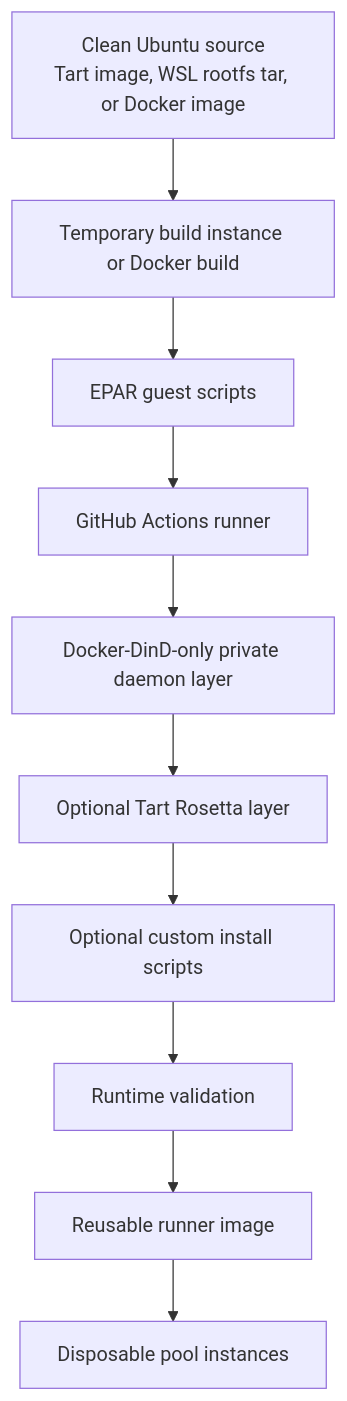
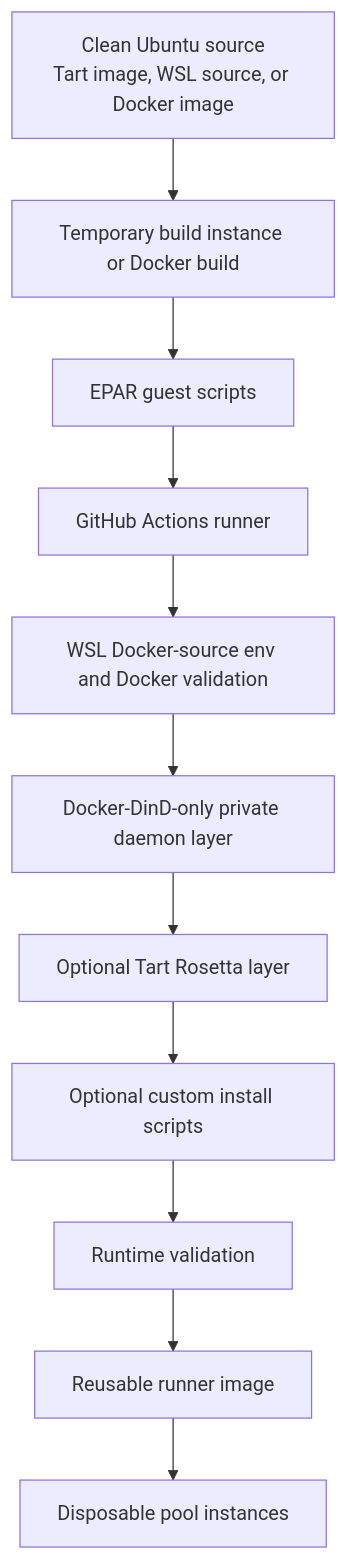
Before and after one commit to solutionforest/ephemeral-action-runner: the first of 2 diagrams in docs/image-build.md, drawn with Mermaid. The commit also changed other lines of this file and 19 other files, not shown here.

Commit message:
Add WSL Gitea full runner default

````diff
--- a/docs/image-build.md
+++ b/docs/image-build.md
@@ -26,12 +29,13 @@
 ```mermaid
 flowchart TD
-  Source["Clean Ubuntu source<br/>Tart image, WSL rootfs tar, or Docker image"] --> Build["Temporary build instance or Docker build"]
+  Source["Clean Ubuntu source<br/>Tart image, WSL source, or Docker image"] --> Build["Temporary build instance or Docker build"]
   Build --> Scripts["EPAR guest scripts"]
   Scripts --> Runner["GitHub Actions runner"]
-  Runner --> DockerDind["Docker-DinD-only private daemon layer"]
+  Runner --> WSLFull["WSL Docker-source env and Docker validation"]
+  WSLFull --> DockerDind["Docker-DinD-only private daemon layer"]
   DockerDind --> Rosetta["Optional Tart Rosetta layer"]
   Rosetta --> Custom["Optional custom install scripts"]
   Custom --> Validate["Runtime validation"]
   Validate --> Output["Reusable runner image"]
   Output --> Pool["Disposable pool instances"]
 ```
````
